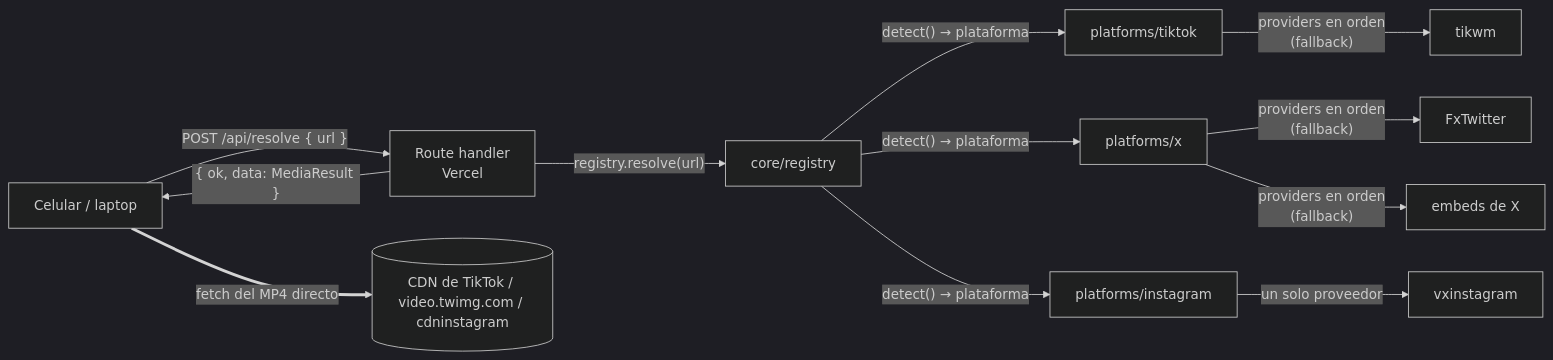
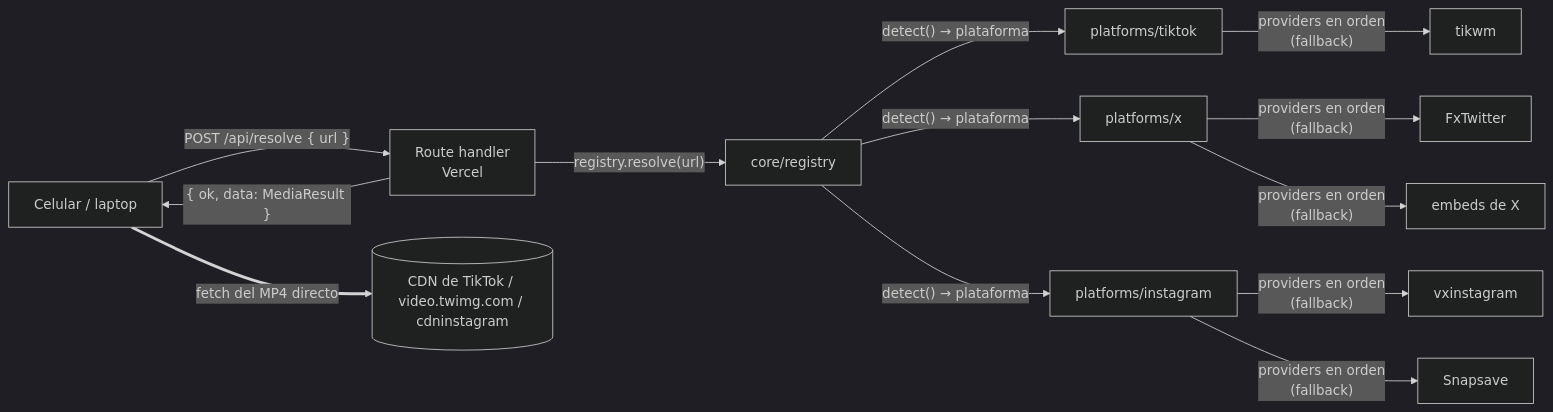
Before and after one commit to franciscoscarrone/giga-down: the diagram in README.md, drawn with Mermaid (dark theme). The commit also changed other lines of this file, not shown here.

Commit message:
docs(instagram): Snapsave de respaldo, por qué y lo que cambia

````diff
--- a/README.md
+++ b/README.md
@@ -32,13 +34,13 @@
 ```mermaid
 flowchart LR
   U[Celular / laptop] -- "POST /api/resolve { url }" --> API[Route handler<br/>Vercel]
   API -- "registry.resolve(url)" --> R[core/registry]
   R -- "detect() → plataforma" --> P[platforms/tiktok]
   R -- "detect() → plataforma" --> X[platforms/x]
   R -- "detect() → plataforma" --> I[platforms/instagram]
   P -- "providers en orden<br/>(fallback)" --> T[tikwm]
   X -- "providers en orden<br/>(fallback)" --> F[FxTwitter] & S[embeds de X]
-  I -- "un solo proveedor" --> V[vxinstagram]
+  I -- "providers en orden<br/>(fallback)" --> V[vxinstagram] & SS[Snapsave]
   API -- "{ ok, data: MediaResult }" --> U
   U == "fetch del MP4 directo" ==> CDN[(CDN de TikTok / video.twimg.com / cdninstagram)]
 ```
````
